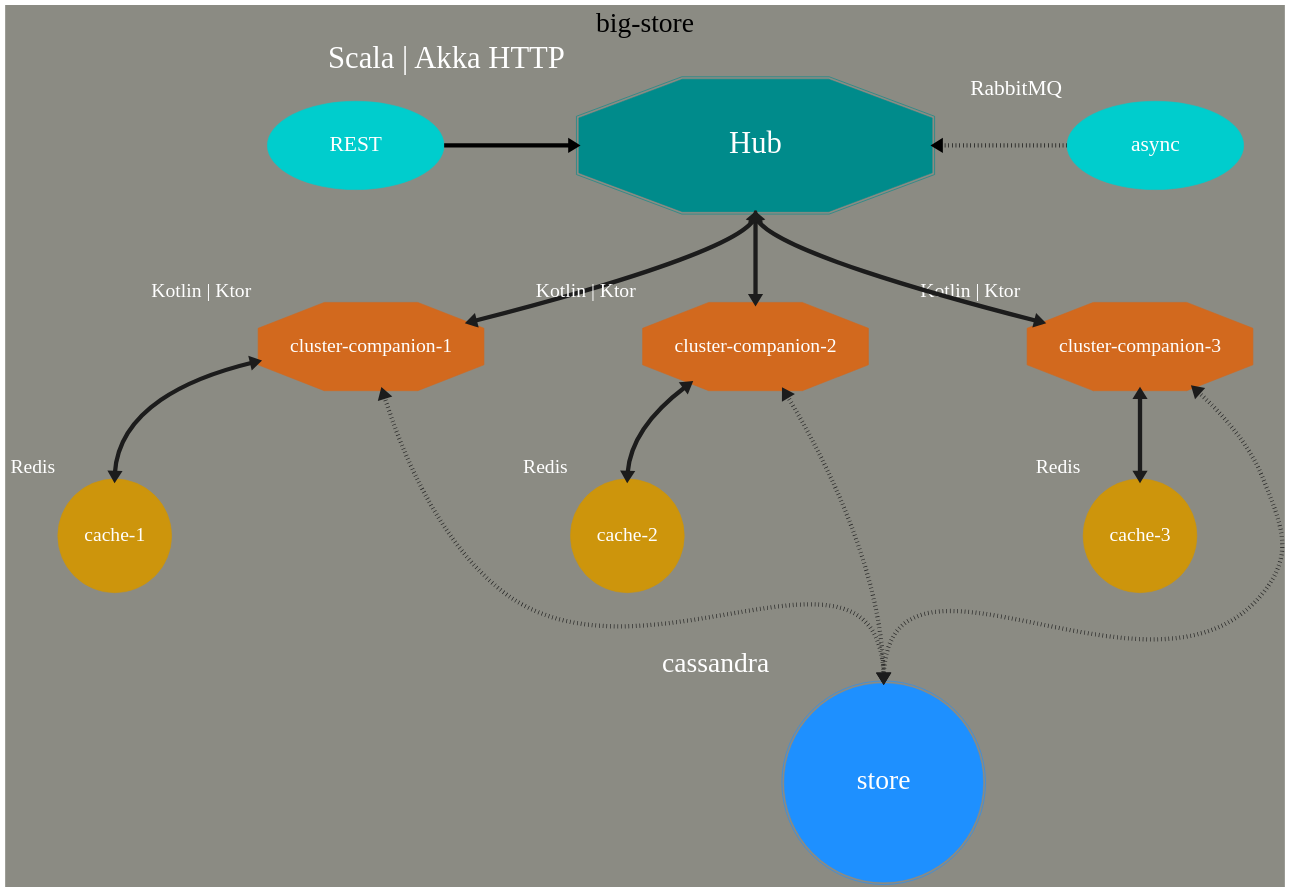
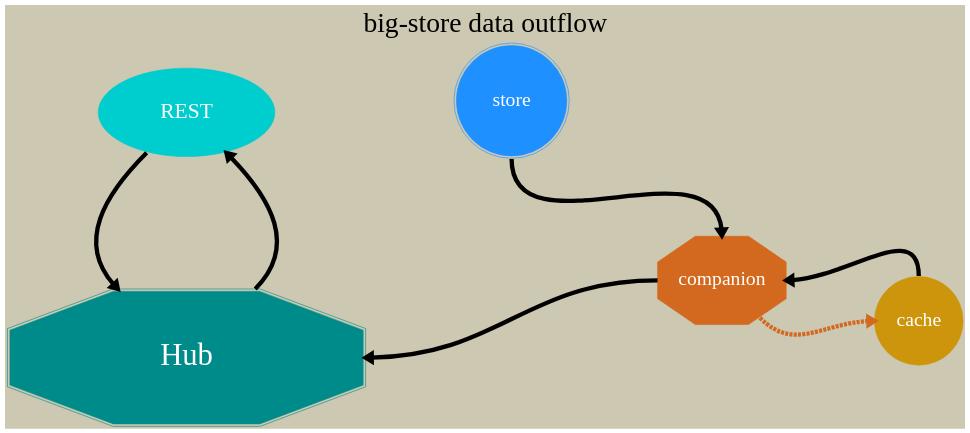
One commit to jakubriegel/big-store-wti changed the diagram in docs/schema/big-store-data-outflow.gv. Above: the diagram before and after it, drawn with Graphviz. The commit also changed 4 other files, not shown here.

Commit message:
outflow diagram

```diff
--- a/docs/schema/big-store-data-outflow.gv
+++ b/docs/schema/big-store-data-outflow.gv
@@ -1,76 +1,30 @@
 digraph bigstore {
     
-    label="big-store"
+    label="big-store data outflow"
     labelloc=t
     fontname="JetBrains Mono Medium"
 
-    graph [fontsize=45 ranksep=2 bgcolor=ivory4]
-    node [fontname="JetBrains Mono Medium" fontcolor=white]
-    edge [dir=both penwidth=7] 
+    graph [fontsize=45 ranksep=2 bgcolor=cornsilk3]
+    node [fontname="JetBrains Mono Medium" fontcolor=white style=filled]
+    edge [penwidth=7 style=bold] 
     nodesep=3
+    rankdir=LR
 
     subgraph hub {
-        node [style=filled] 
+        rank=source;
+        "Hub" [fontsize=50 shape=doubleoctagon color=cyan4 height=3 width=8]
+        "REST" [fontsize=35 shape=oval color=cyan3 height=2 width=4]
 
-        {rank=source;
-            "Hub" [xlabel="Scala | Akka HTTP" fontsize=50 shape=doubleoctagon color=cyan4 height=3 width=8]
-            "REST" [fontsize=35 shape=oval color=cyan3 height=2 width=4]
-            "async" [xlabel="RabbitMQ" fontsize=35 shape=oval color=cyan3 height=2 width=4]
-        }
+        "REST" -> "Hub" [tailport=sw headport=nw]
+        "Hub" -> "REST" [headport=se tailport=ne] 
+    }
+        
+    "store" [fontsize=32 shape=doublecircle width=2.5 color=dodgerblue1]
+    "companion" [padding=5 fontsize=32 shape=octagon color=chocolate height=2 colorsheme=paired12]
+    "cache" [padding=5 fontsize=32 shape=circle color=darkgoldenrod3 colorsheme=paired12]
 
-        "REST" -> "Hub" [dir=both headport=w] 
-        "Hub" -> "async" [style=invis]
-        "async" -> "Hub" [headport=e style=dotted]
-        
-    }
-    
-    subgraph companions {
-        node [
-                xlabel="Kotlin | Ktor"
-                padding=5 fontsize=32 shape=octagon style=filled color=chocolate height=2 colorsheme=paired12
-            ]
-        edge [style=bold colorscheme="paired12"]
-
-        "cluster-companion-1"
-        "cluster-companion-2"
-        "cluster-companion-3"
-    }
-
-    subgraph caches {
-        node [
-                xlabel="Redis"
-                padding=5 fontsize=32 shape=circle style=filled color=darkgoldenrod3 colorsheme=paired12
-            ]
-        edge [style=bold colorscheme="paired12"]
-
-        "cache-1"
-        "cache-2"
-        "cache-3"
-    }
-
-    subgraph store {
-        node [fontsize=45 shape=doublecircle width=4.5 style=filled color=dodgerblue1]
-
-        { rank=sink; 
-            "store" [xlabel="cassandra"]
-        }
-    }
-
-    subgraph companions_connections {
-        "cluster-companion-1" -> "store" [headport=n color=grey11 style=dotted]
-        "cluster-companion-2" -> "store" [headport=n color=grey11 style=dotted]
-        "cluster-companion-3" -> "store" [headport=n color=grey11 style=dotted]
-        
-        "cluster-companion-1" -> "cache-1" [headport=n color=grey11]
-        "cluster-companion-2" -> "cache-2" [headport=n color=grey11]
-        "cluster-companion-3" -> "cache-3" [headport=n color=grey11]
-    }
-
-
-    subgraph Hub_service_connections {
-        "cluster-companion-1" -> "Hub" [headport=s color=grey11]
-        "cluster-companion-2" -> "Hub" [headport=s color=grey11]
-        "cluster-companion-3" -> "Hub" [headport=s color=grey11]
-    }
-
+    "companion" -> "Hub" [headport=e tailport=w]
+    "store" -> "companion" [headport=n tailport=s]
+    "cache" -> "companion" [headport=e tailport=n]
+    "companion" -> "cache" [headport=w tailport=se color=chocolate style=dashed]
 }
```
